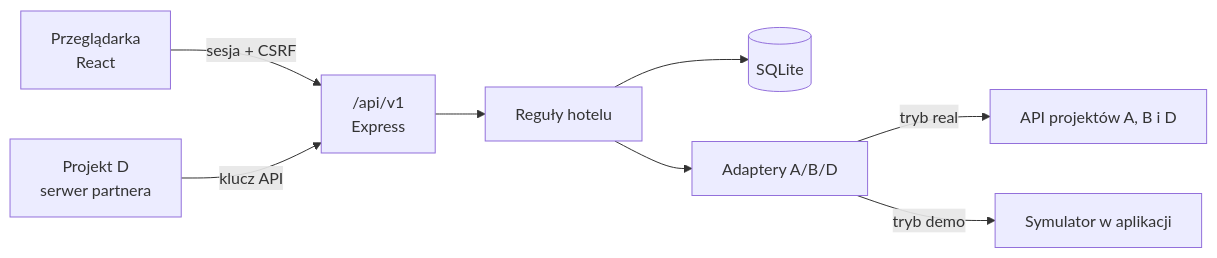
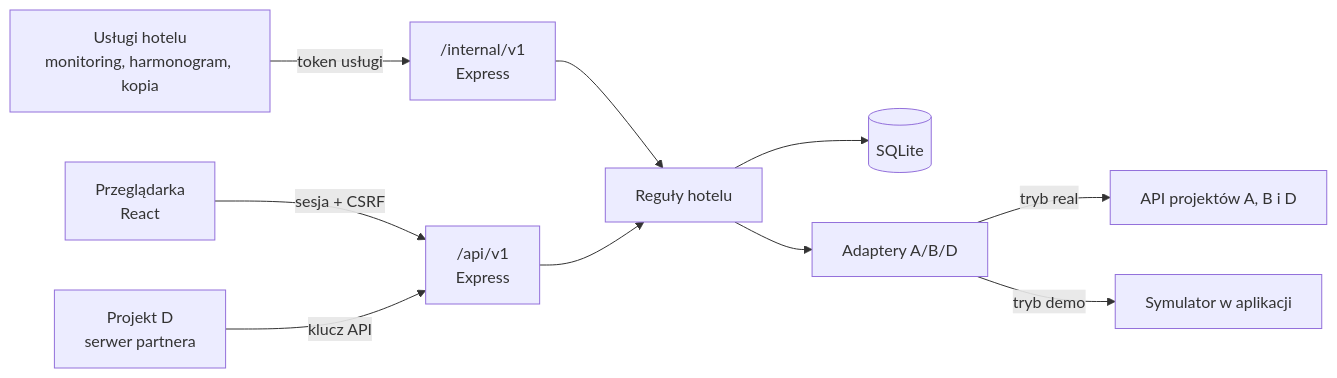
Before and after one commit to aurora-hotels/aurora-hotel: the first of 3 diagrams in docs/budowa-aplikacji.md, drawn with Mermaid. The commit also changed other lines of this file and 37 other files, not shown here.

````diff
--- a/docs/budowa-aplikacji.md
+++ b/docs/budowa-aplikacji.md
@@ -9,10 +9,12 @@
 ```mermaid
 flowchart LR
     P[Przeglądarka<br/>React] -->|sesja + CSRF| API["/api/v1<br/>Express"]
     D[Projekt D<br/>serwer partnera] -->|klucz API| API
+    S[Usługi hotelu<br/>monitoring, harmonogram, kopia] -->|token usługi| INT["/internal/v1<br/>Express"]
+    INT --> L
     API --> L[Reguły hotelu]
     L --> DB[(SQLite)]
     L --> AD[Adaptery A/B/D]
     AD -->|tryb real| EXT[API projektów A, B i D]
     AD -->|tryb demo| SIM[Symulator w aplikacji]
 ```
````
